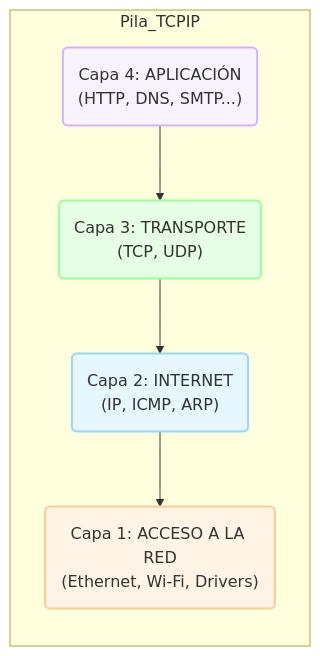
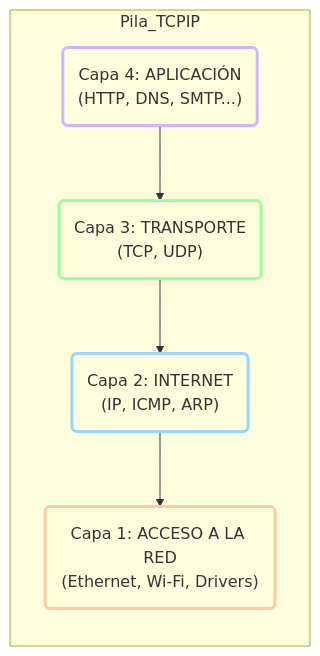
One commit to rsessa/rsessa.github.io changed the diagram in content/index.md. Above: the diagram before and after it, drawn with Mermaid.

Commit message:
change diagram styles

````diff
--- a/content/index.md
+++ b/content/index.md
@@ -7,19 +7,21 @@
 ```mermaid
 graph TD
-    classDef app fill:#f9f2ff,stroke:#d1b3ff,stroke-width:2px,color:#333;
-    classDef trans fill:#e6ffe6,stroke:#99ff99,stroke-width:2px,color:#333;
-    classDef internet fill:#e6f7ff,stroke:#99d6ff,stroke-width:2px,color:#333;
-    classDef access fill:#fff4e6,stroke:#ffcc99,stroke-width:2px,color:#333;
+    %% Usamos fill:none (sin relleno) y stroke-width:3px (borde grueso)
+    %% Quitamos la definición de color de texto para que tu tema decida (blanco o negro)
+    classDef app fill:none,stroke:#d1b3ff,stroke-width:3px;
+    classDef trans fill:none,stroke:#99ff99,stroke-width:3px;
+    classDef internet fill:none,stroke:#99d6ff,stroke-width:3px;
+    classDef access fill:none,stroke:#ffcc99,stroke-width:3px;
 
     subgraph Pila_TCPIP
         direction TB
         L4("Capa 4: APLICACIÓN<br>(HTTP, DNS, SMTP...)"):::app
         L3("Capa 3: TRANSPORTE<br>(TCP, UDP)"):::trans
         L2("Capa 2: INTERNET<br>(IP, ICMP, ARP)"):::internet
         L1("Capa 1: ACCESO A LA RED<br>(Ethernet, Wi-Fi, Drivers)"):::access
         
         L4 --> L3
         L3 --> L2
         L2 --> L1
     end
 ```
````
